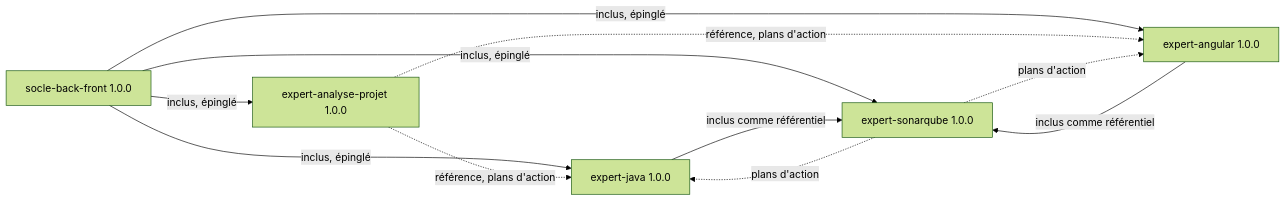
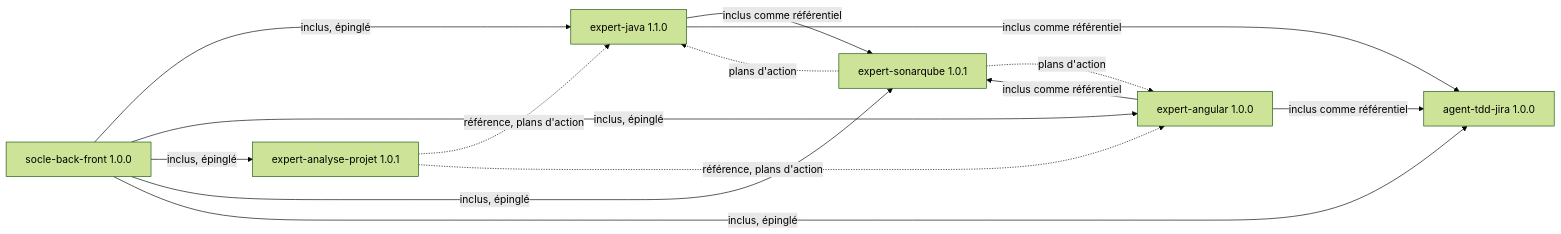
The diagram in README.md (FredGarcia/Agent2Prompt), drawn with Mermaid (forest theme) before and after one commit. The commit also changed other lines of this file and 1 other file, not shown here.

Commit message:
docs: agent TDD Jira, expert-java 1.1.0 et correctifs
Claude-Session: https://claude.ai/code/session_01DuGbAfFPNuLuPDUQJSJwHu

````diff
--- a/README.md
+++ b/README.md
@@ -19,13 +22,16 @@
 ```mermaid
 flowchart LR
-  SOCLE["socle-back-front 1.0.0"] -->|"inclus, épinglé"| J["expert-java 1.0.0"]
+  SOCLE["socle-back-front 1.0.0"] -->|"inclus, épinglé"| J["expert-java 1.1.0"]
   SOCLE -->|"inclus, épinglé"| A["expert-angular 1.0.0"]
-  SOCLE -->|"inclus, épinglé"| AN["expert-analyse-projet 1.0.0"]
+  SOCLE -->|"inclus, épinglé"| AN["expert-analyse-projet 1.0.1"]
   AN -.->|"référence, plans d'action"| J
   AN -.->|"référence, plans d'action"| A
-  SOCLE -->|"inclus, épinglé"| SQ["expert-sonarqube 1.0.0"]
+  SOCLE -->|"inclus, épinglé"| SQ["expert-sonarqube 1.0.1"]
   J -->|"inclus comme référentiel"| SQ
   A -->|"inclus comme référentiel"| SQ
   SQ -.->|"plans d'action"| J
   SQ -.->|"plans d'action"| A
+  SOCLE -->|"inclus, épinglé"| TDD["agent-tdd-jira 1.0.0"]
+  J -->|"inclus comme référentiel"| TDD
+  A -->|"inclus comme référentiel"| TDD
 ```
````
